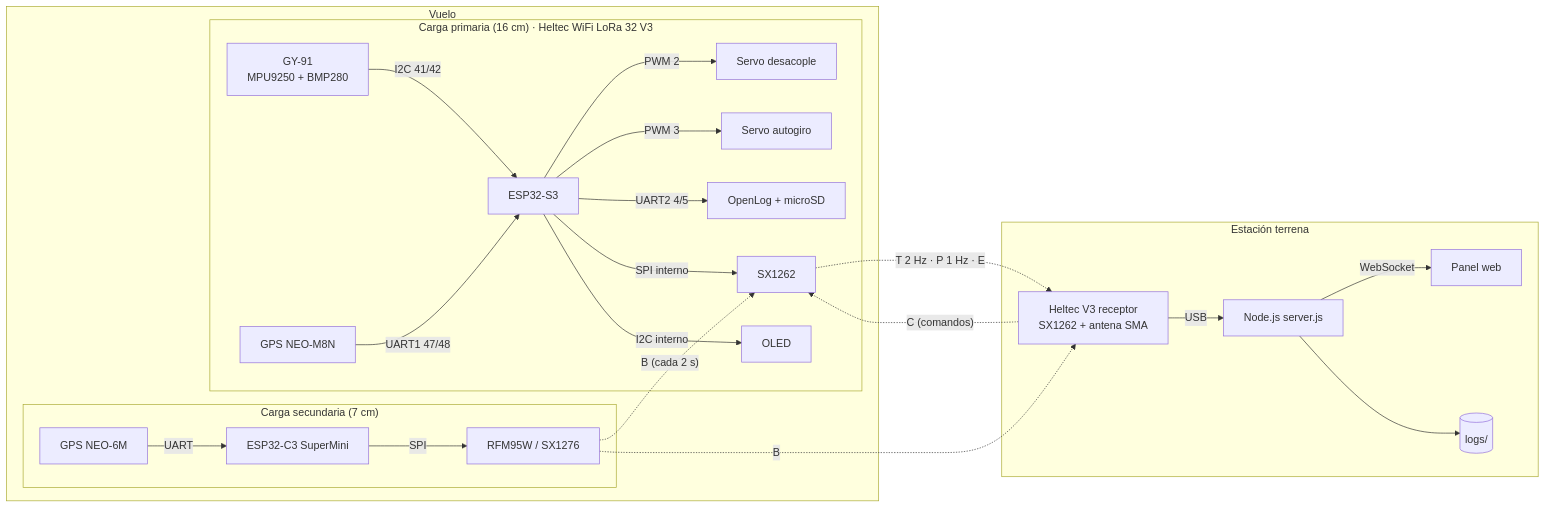
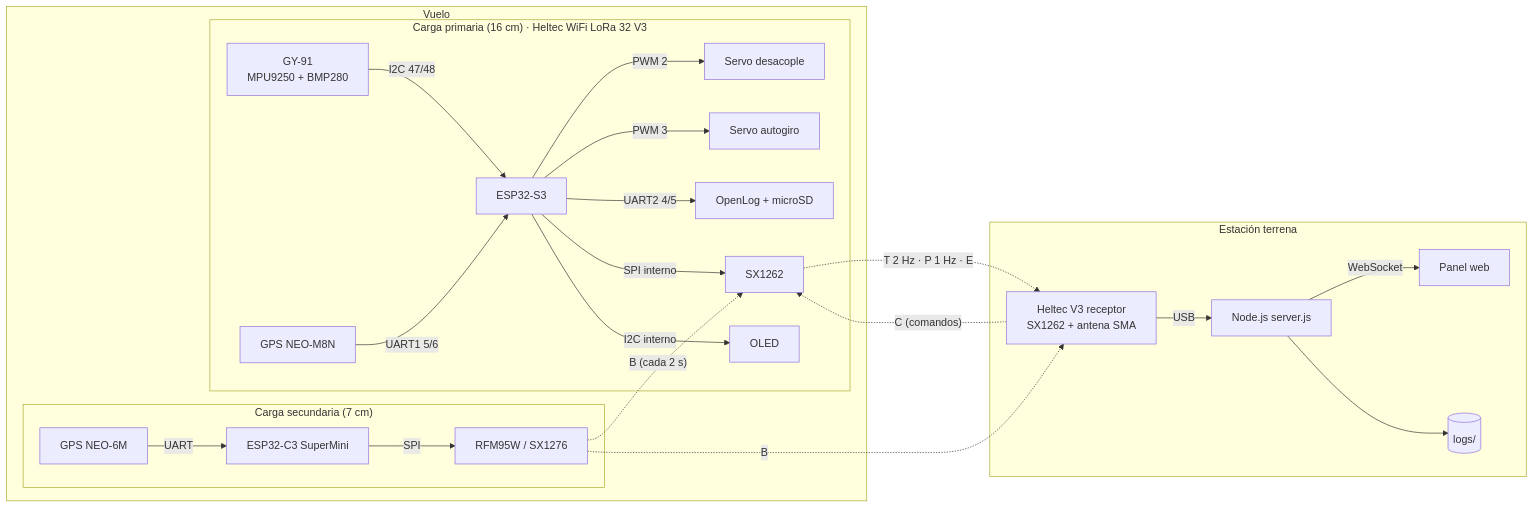
One commit to essjonydiaz/zenit-cansat changed the diagram in docs/01-arquitectura.md. Above: the diagram before and after it, drawn with Mermaid. The commit also changed 18 other files, not shown here.

````diff
--- a/docs/01-arquitectura.md
+++ b/docs/01-arquitectura.md
@@ -5,27 +5,27 @@
 ```mermaid
 flowchart LR
   subgraph Vuelo
     subgraph Secundaria["Carga secundaria (7 cm)"]
       GPS2[GPS NEO-6M] -- UART --> ESP2[ESP32-C3 SuperMini]
       ESP2 -- SPI --> LORA2[RFM95W / SX1276]
     end
     subgraph Primaria["Carga primaria (16 cm) · Heltec WiFi LoRa 32 V3"]
-      GY[GY-91<br/>MPU9250 + BMP280] -- I2C 41/42 --> ESP1[ESP32-S3]
-      GPS1[GPS NEO-M8N] -- UART1 47/48 --> ESP1
+      GY[GY-91<br/>MPU9250 + BMP280] -- I2C 47/48 --> ESP1[ESP32-S3]
+      GPS1[GPS NEO-M8N] -- UART1 5/6 --> ESP1
       ESP1 -- PWM 2 --> SD1[Servo desacople]
       ESP1 -- PWM 3 --> SA[Servo autogiro]
       ESP1 -- UART2 4/5 --> OL[OpenLog + microSD]
       ESP1 -- SPI interno --> LORA1[SX1262]
       ESP1 -- I2C interno --> OLED[OLED]
     end
   end
   subgraph Tierra["Estación terrena"]
     LORA3[Heltec V3 receptor<br/>SX1262 + antena SMA] -- USB --> NODE[Node.js server.js]
     NODE -- WebSocket --> WEB[Panel web]
     NODE --> LOGS[(logs/)]
   end
   LORA2 -. "B (cada 2 s)" .-> LORA1
   LORA2 -. "B" .-> LORA3
   LORA1 -. "T 2 Hz · P 1 Hz · E" .-> LORA3
   LORA3 -. "C (comandos)" .-> LORA1
 ```
````
